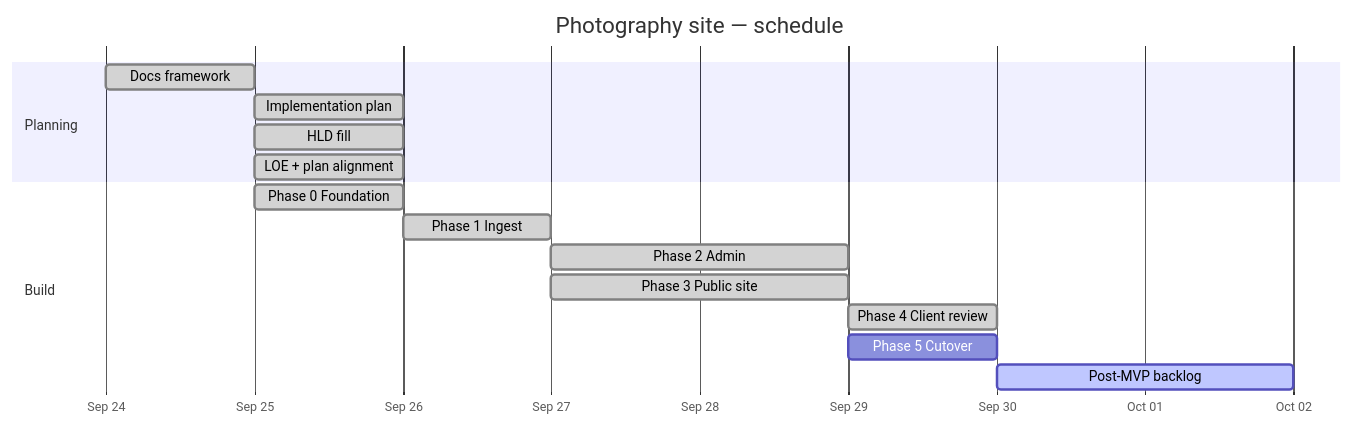
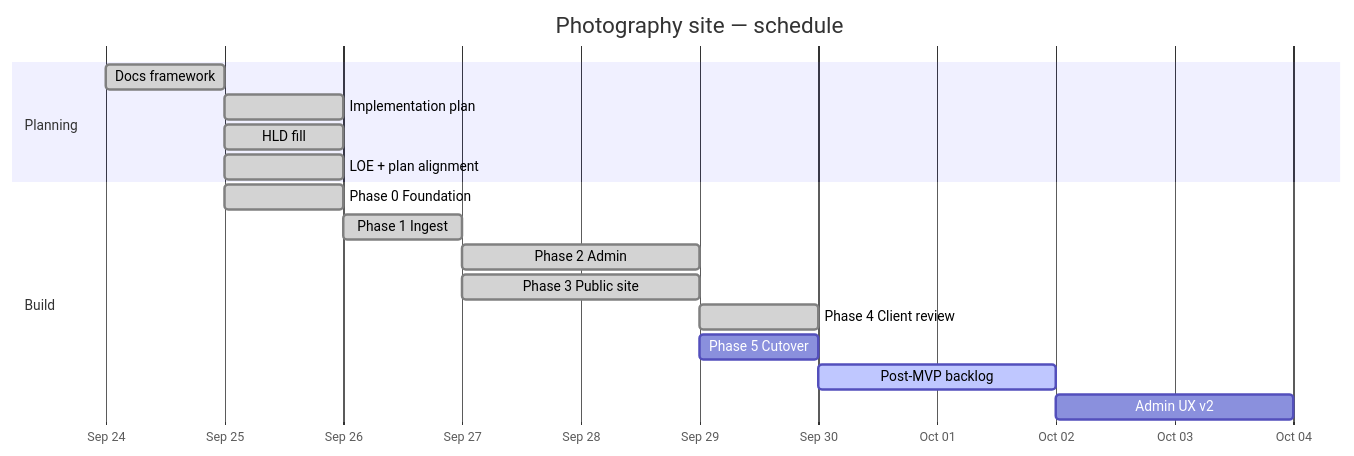
One commit to cjlawson02/photography changed the diagram in docs/PROGRESS.md. Above: the diagram before and after it, drawn with Mermaid. The commit also changed other lines of this file and 6 other files, not shown here.

````diff
--- a/docs/PROGRESS.md
+++ b/docs/PROGRESS.md
@@ -29,21 +30,22 @@
 ```mermaid
 gantt
   title Photography site — schedule
   dateFormat YYYY-MM-DD
   axisFormat %b %d
 
   section Planning
   Docs framework            :done,    docs, 2026-09-24, 1d
   Implementation plan       :done,    impl, 2026-09-25, 1d
   HLD fill                  :done,    hld,  2026-09-25, 1d
   LOE + plan alignment      :done,    loe,  2026-09-25, 1d
 
   section Build
   Phase 0 Foundation        :done,    p0, 2026-09-25, 1d
   Phase 1 Ingest            :done,    p1, after p0, 1d
   Phase 2 Admin             :done,    p2, after p1, 2d
   Phase 3 Public site       :done,    p3, after p1, 2d
   Phase 4 Client review     :done,    p4, after p2, 1d
   Phase 5 Cutover           :         p5, after p3, 1d
   Post-MVP backlog          :active,  p25, after p4, 2d
+  Admin UX v2               :         p26, after p25, 2d
 ```
````
